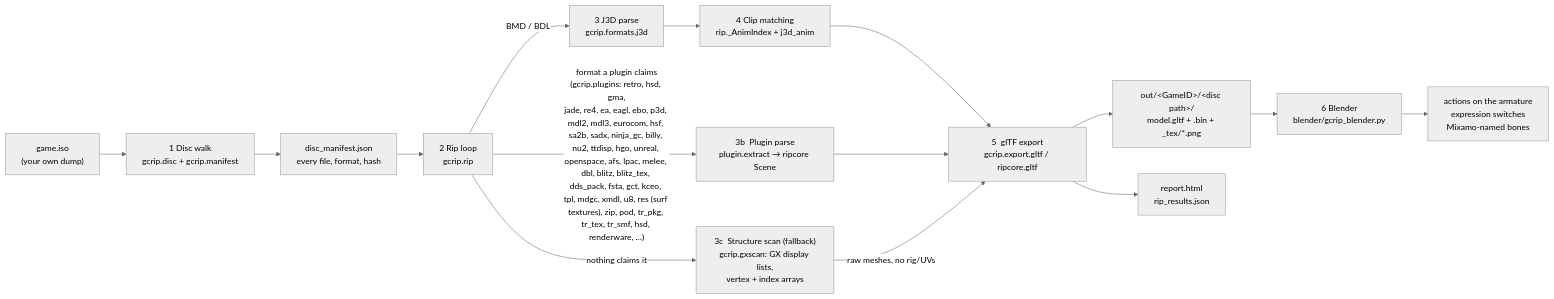
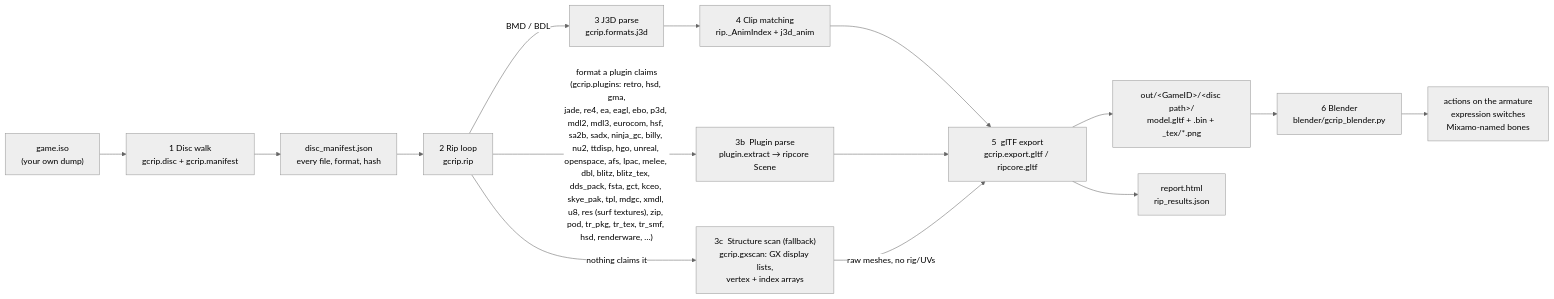
One commit to Felbs/3d-ripper-9000 changed the first of 9 diagrams in docs/PIPELINE.md. Above: the diagram before and after it, drawn with Mermaid (neutral theme). The commit also changed 6 other files, not shown here.

First line of the commit message:
gcrip skye_pak: Darkened Skye's PAK archives - 16 files, 255 SKX models extracted

````diff
--- a/docs/PIPELINE.md
+++ b/docs/PIPELINE.md
@@ -11,17 +11,17 @@
 ```mermaid
 flowchart LR
     ISO["game.iso<br/>(your own dump)"] --> WALK["1  Disc walk<br/>gcrip.disc + gcrip.manifest"]
     WALK --> MAN["disc_manifest.json<br/>every file, format, hash"]
     MAN --> RIP["2  Rip loop<br/>gcrip.rip"]
     RIP -->|"BMD / BDL"| J3D["3  J3D parse<br/>gcrip.formats.j3d"]
-    RIP -->|"format a plugin claims<br/>(gcrip.plugins: retro, hsd, gma,<br/>jade, re4, ea, eagl, ebo, p3d, mdl2, mdl3, eurocom, hsf, sa2b, sadx, ninja_gc, billy, nu2, ttdisp, hgo, unreal, openspace, afs, lpac, melee, dbl, blitz, blitz_tex, dds_pack, fsta, gct, kceo, tpl, mdgc, xmdl, u8, res (surf textures), zip, pod, tr_pkg, tr_tex, tr_smf, hsd, renderware, …)"| PLUG["3b  Plugin parse<br/>plugin.extract → ripcore Scene"]
+    RIP -->|"format a plugin claims<br/>(gcrip.plugins: retro, hsd, gma,<br/>jade, re4, ea, eagl, ebo, p3d, mdl2, mdl3, eurocom, hsf, sa2b, sadx, ninja_gc, billy, nu2, ttdisp, hgo, unreal, openspace, afs, lpac, melee, dbl, blitz, blitz_tex, dds_pack, fsta, gct, kceo, skye_pak, tpl, mdgc, xmdl, u8, res (surf textures), zip, pod, tr_pkg, tr_tex, tr_smf, hsd, renderware, …)"| PLUG["3b  Plugin parse<br/>plugin.extract → ripcore Scene"]
     RIP -->|"nothing claims it"| GX["3c  Structure scan (fallback)<br/>gcrip.gxscan: GX display lists,<br/>vertex + index arrays"]
     J3D --> ANIM["4  Clip matching<br/>rip._AnimIndex + j3d_anim"]
     ANIM --> GLTF["5  glTF export<br/>gcrip.export.gltf / ripcore.gltf"]
     PLUG --> GLTF
     GX -->|"raw meshes, no rig/UVs"| GLTF
     GLTF --> OUT["out/&lt;GameID&gt;/&lt;disc path&gt;/<br/>model.gltf + .bin + _tex/*.png"]
     GLTF --> REP["report.html<br/>rip_results.json"]
     OUT --> BL["6  Blender<br/>blender/gcrip_blender.py"]
     BL --> PLAY["actions on the armature<br/>expression switches<br/>Mixamo-named bones"]
 ```
````
